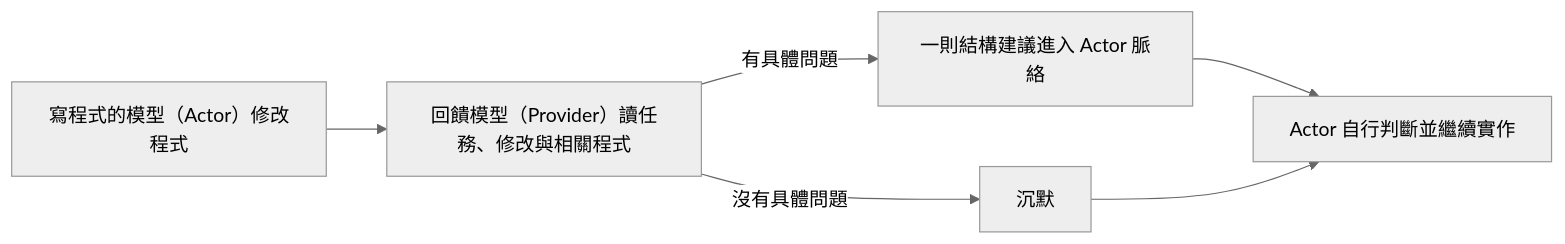
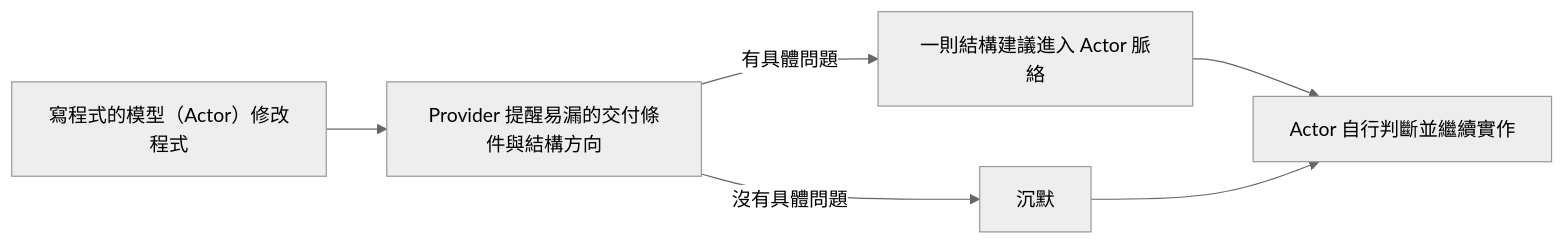
One commit to shihchengwei-lab/masters-nudge changed the diagram in README.zh-TW.md. Above: the diagram before and after it, drawn with Mermaid (neutral theme). The commit also changed other lines of this file and 18 other files, not shown here.

````diff
--- a/README.zh-TW.md
+++ b/README.zh-TW.md
@@ -11,8 +11,8 @@
 ```mermaid
 flowchart LR
-    A["寫程式的模型（Actor）修改程式"] --> B["回饋模型（Provider）讀任務、修改與相關程式"]
+    A["寫程式的模型（Actor）修改程式"] --> B["Provider 提醒易漏的交付條件與結構方向"]
     B -->|有具體問題| C["一則結構建議進入 Actor 脈絡"]
     B -->|沒有具體問題| D["沉默"]
     C --> E["Actor 自行判斷並繼續實作"]
     D --> E
 ```
````
